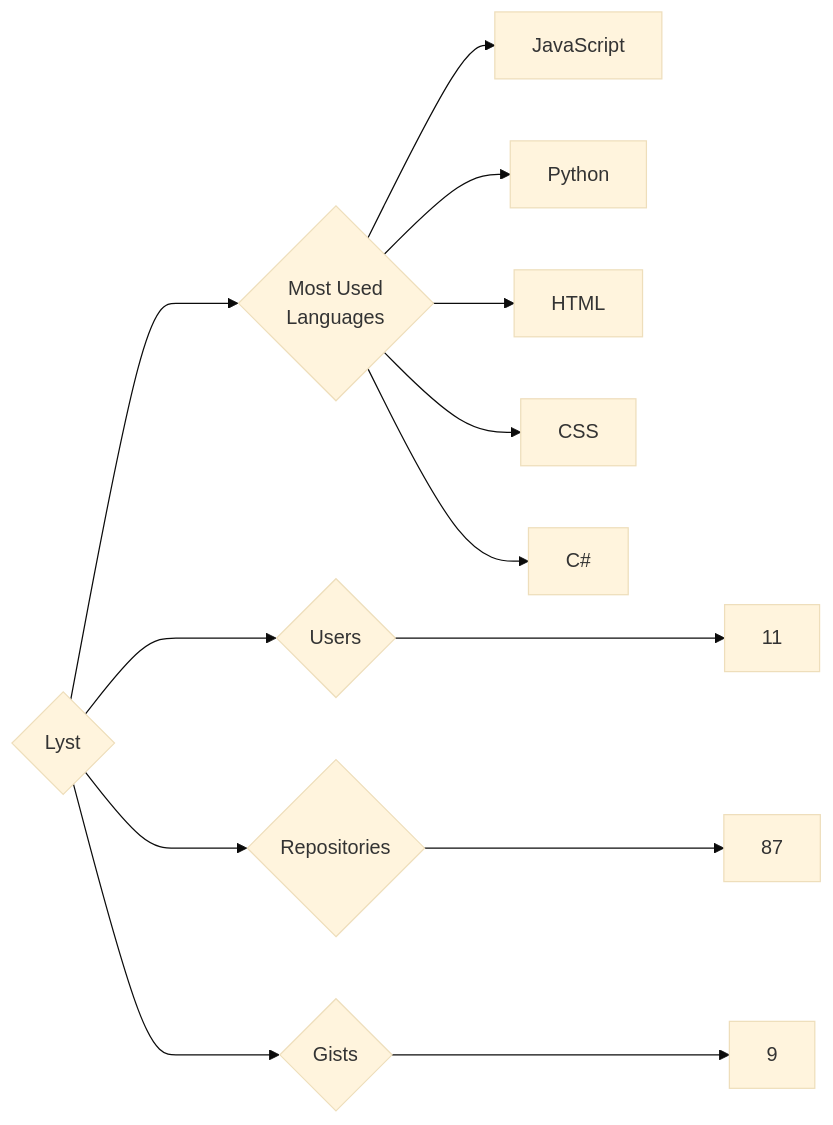
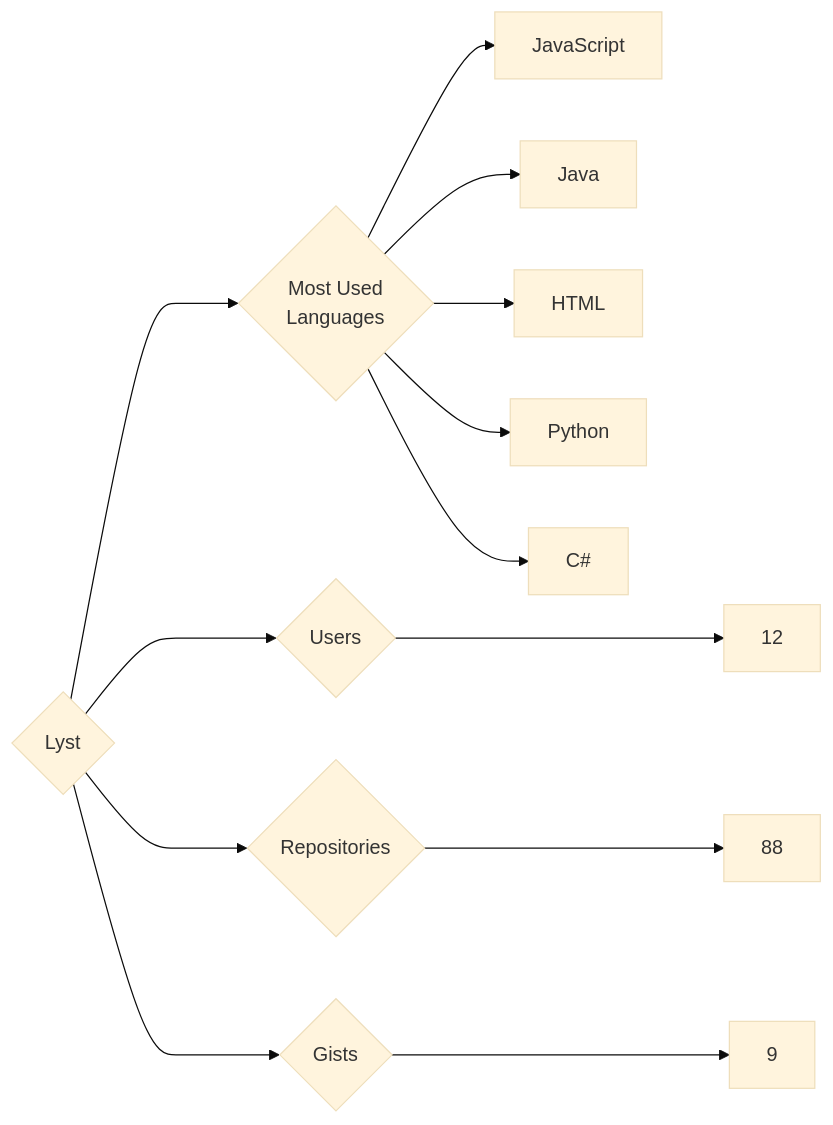
One commit to trickest/insiders changed the diagram in targets/Lyst/README.md. Above: the diagram before and after it, drawn with Mermaid (base theme). The commit also changed 861 other files, not shown here.

````diff
--- a/targets/Lyst/README.md
+++ b/targets/Lyst/README.md
@@ -3,13 +3,13 @@
 ```mermaid
 graph LR
 COMPANY_NAME{Lyst}
-COMPANY_NAME ---> U{Users} ---> UN[11]
-COMPANY_NAME ---> R{Repositories} ---> RN[87]
+COMPANY_NAME ---> U{Users} ---> UN[12]
+COMPANY_NAME ---> R{Repositories} ---> RN[88]
 COMPANY_NAME ---> G{Gists} ---> GN[9]
 COMPANY_NAME ---> ML{Most Used<br>Languages}
 ML --> JavaScript[JavaScript]
+ML --> Java[Java]
+ML --> HTML[HTML]
 ML --> Python[Python]
-ML --> HTML[HTML]
-ML --> CSS[CSS]
 ML --> C#[C#]
 ```
````
